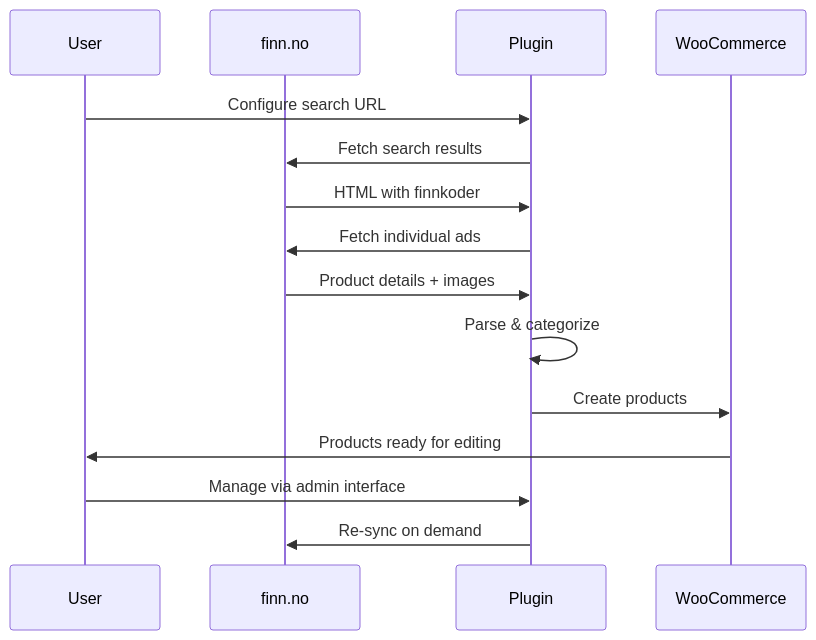
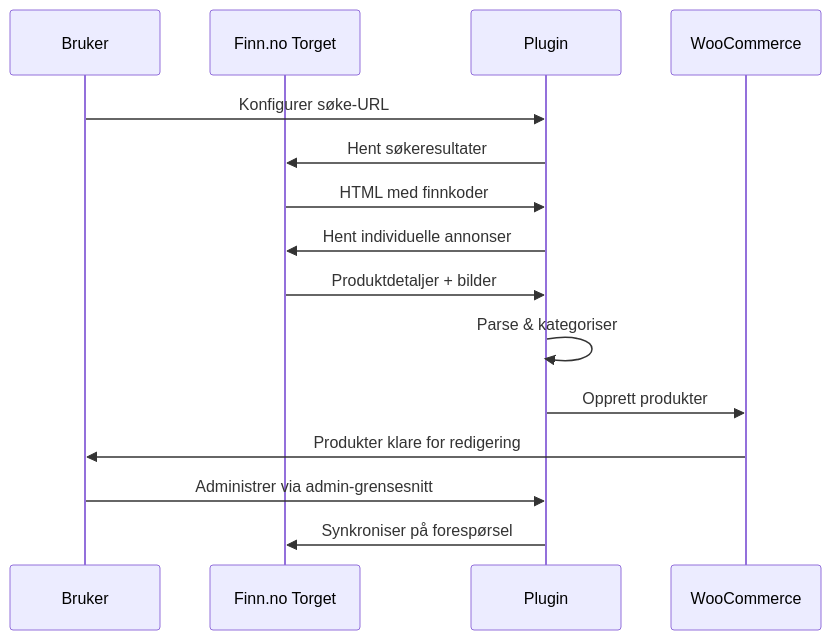
One commit to ekhanatime/finntilwoo changed the second of 4 diagrams in README.md. Above: the diagram before and after it, drawn with Mermaid. The commit also changed other lines of this file, not shown here.

````diff
--- a/README.md
+++ b/README.md
@@ -65,18 +66,18 @@
 ```mermaid
 sequenceDiagram
-    participant User
-    participant FINN as finn.no
+    participant Bruker
+    participant FINN as Finn.no Torget
     participant Plugin
     participant WooCommerce
 
-    User->>Plugin: Configure search URL
-    Plugin->>FINN: Fetch search results
-    FINN->>Plugin: HTML with finnkoder
-    Plugin->>FINN: Fetch individual ads
-    FINN->>Plugin: Product details + images
-    Plugin->>Plugin: Parse & categorize
-    Plugin->>WooCommerce: Create products
-    WooCommerce->>User: Products ready for editing
-    User->>Plugin: Manage via admin interface
-    Plugin->>FINN: Re-sync on demand
+    Bruker->>Plugin: Konfigurer søke-URL
+    Plugin->>FINN: Hent søkeresultater
+    FINN->>Plugin: HTML med finnkoder
+    Plugin->>FINN: Hent individuelle annonser
+    FINN->>Plugin: Produktdetaljer + bilder
+    Plugin->>Plugin: Parse & kategoriser
+    Plugin->>WooCommerce: Opprett produkter
+    WooCommerce->>Bruker: Produkter klare for redigering
+    Bruker->>Plugin: Administrer via admin-grensesnitt
+    Plugin->>FINN: Synkroniser på forespørsel
 ```
````
